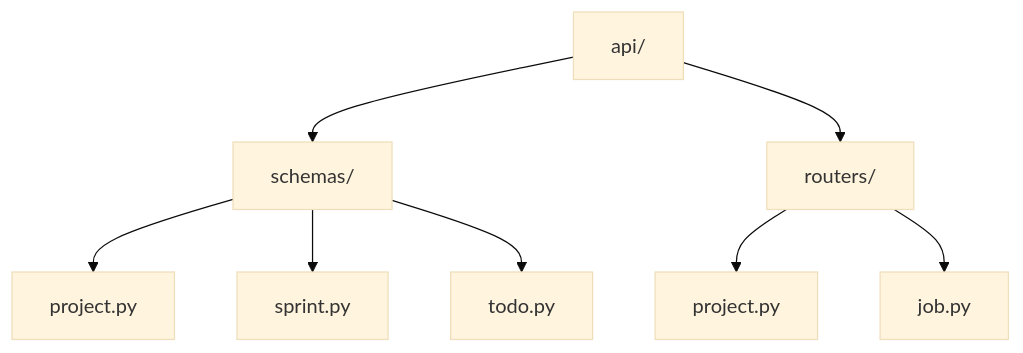
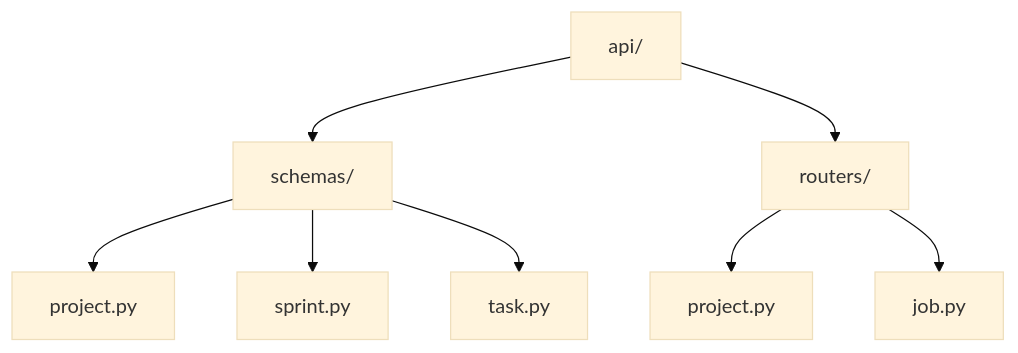
Before and after one commit to dustland/roboco: the seventh of 8 diagrams in docs/object_model.md, drawn with Mermaid (base theme). The commit also changed other lines of this file and 3 other files, not shown here.

````diff
--- a/docs/object_model.md
+++ b/docs/object_model.md
@@ -234,10 +237,10 @@
 ```mermaid
 graph TD
     api[api/] --> schemas[schemas/]
     api --> routers[routers/]
     schemas --> project_schema[project.py]
     schemas --> sprint_schema[sprint.py]
-    schemas --> todo_schema[todo.py]
+    schemas --> task_schema[task.py]
     routers --> project_router[project.py]
     routers --> job_router[job.py]
 ```
````
